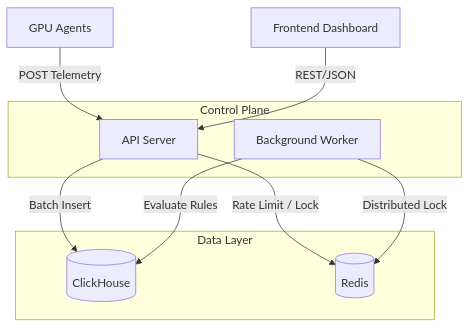
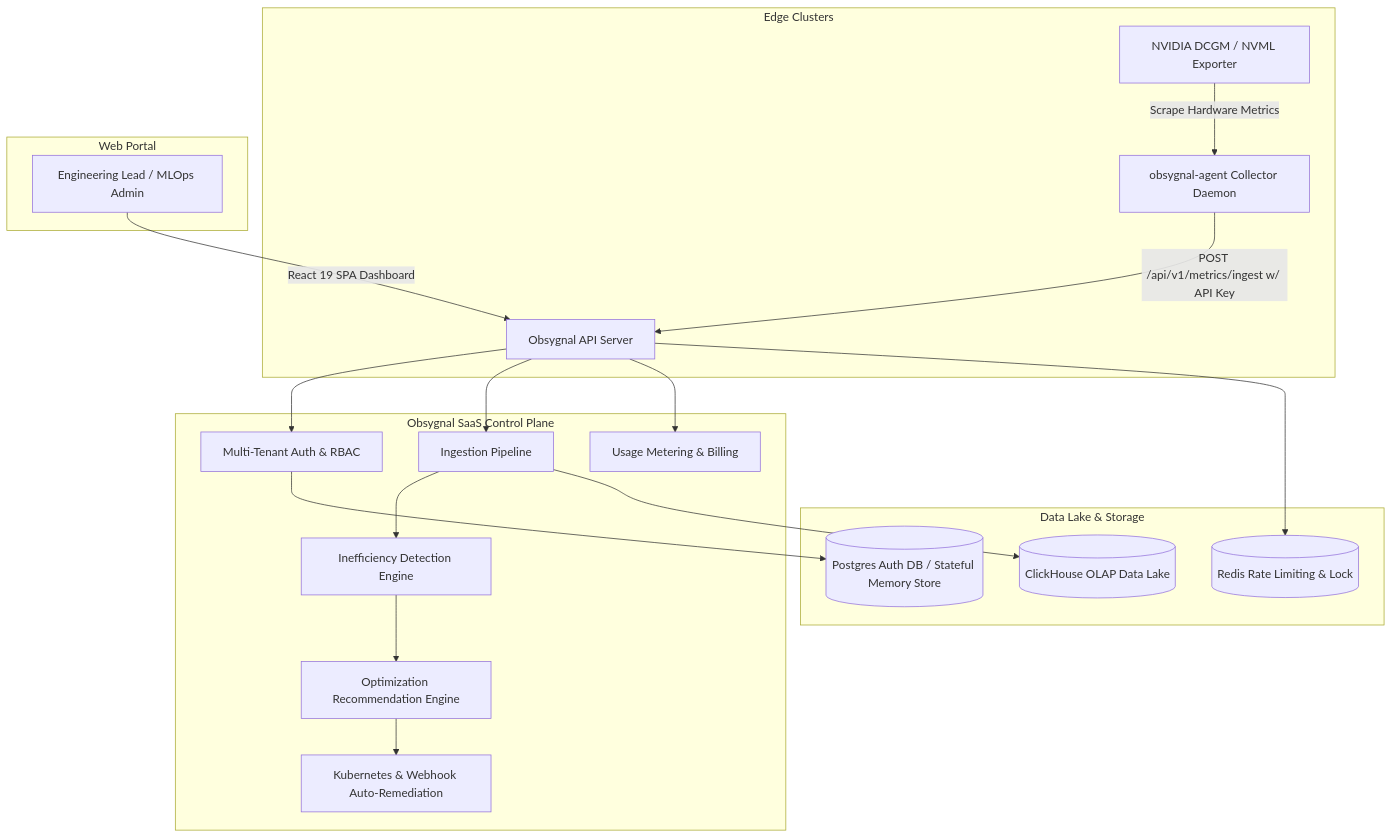
Before and after one commit to sarkarbikram90/Obsygnal-Pulse: the diagram in README.md, drawn with Mermaid. The commit also changed other lines of this file, not shown here.

Commit message:
docs: rewrite README.md for market-ready B2B SaaS startup platform

````diff
--- a/README.md
+++ b/README.md
@@ -17,24 +40,28 @@
 ```mermaid
 graph TD
-    %% External
-    Agents[GPU Agents] -->|POST Telemetry| API[API Server]
-    User[Frontend Dashboard] -->|REST/JSON| API
-
-    %% Backend Control Plane
-    subgraph Control Plane
-        API
-        Worker[Background Worker]
+    %% External & Edge Layer
+    subgraph Edge Clusters
+        DCGM[NVIDIA DCGM / NVML Exporter] -->|Scrape Hardware Metrics| Collector[obsygnal-agent Collector Daemon]
+        Collector -->|POST /api/v1/metrics/ingest w/ API Key| API[Obsygnal API Server]
     end
 
-    %% Infrastructure
-    subgraph Data Layer
-        ClickHouse[(ClickHouse)]
-        Redis[(Redis)]
+    subgraph Obsygnal SaaS Control Plane
+        API --> Auth[Multi-Tenant Auth & RBAC]
+        API --> Ingestion[Ingestion Pipeline]
+        API --> Metering[Usage Metering & Billing]
+
+        Ingestion --> DetectionWorker[Inefficiency Detection Engine]
+        DetectionWorker --> RecommendationEngine[Optimization Recommendation Engine]
+        RecommendationEngine --> AutoFix[Kubernetes & Webhook Auto-Remediation]
     end
 
-    %% Flows
-    API -->|Batch Insert| ClickHouse
-    API -->|Rate Limit / Lock| Redis
-    Worker -->|Evaluate Rules| ClickHouse
-    Worker -->|Distributed Lock| Redis
+    subgraph Data Lake & Storage
+        Ingestion --> CH[(ClickHouse OLAP Data Lake)]
+        Auth --> PG[(Postgres Auth DB / Stateful Memory Store)]
+        API --> Redis[(Redis Rate Limiting & Lock)]
+    end
+
+    subgraph Web Portal
+        User[Engineering Lead / MLOps Admin] -->|React 19 SPA Dashboard| API
+    end
 ```
````
